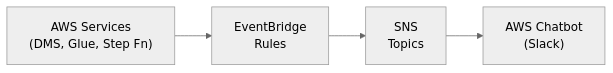
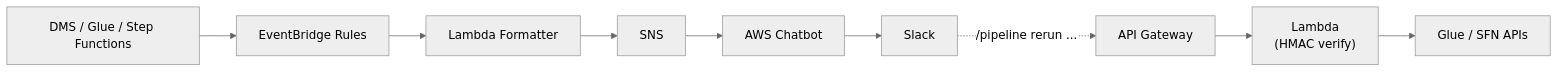
One commit to Manuelacosta98/aws-data-pipeline-notifications changed the diagram in README.md. Above: the diagram before and after it, drawn with Mermaid (neutral theme). The commit also changed other lines of this file and 21 other files, not shown here.

First line of the commit message:
docs: add architecture, operations, and ADR documentation

````diff
--- a/README.md
+++ b/README.md
@@ -13,6 +25,7 @@
 ```mermaid
 flowchart LR
-  A["AWS Services<br/>(DMS, Glue, Step Fn)"] --> B["EventBridge<br/>Rules"]
-  B --> C["SNS<br/>Topics"]
-  C --> D["AWS Chatbot<br/>(Slack)"]
+  A["DMS / Glue / Step Functions"] --> B["EventBridge Rules"]
+  B --> C["Lambda Formatter"] --> D["SNS"] --> E["AWS Chatbot"] --> F["Slack"]
+  F -. "/pipeline rerun ..." .-> G["API Gateway"]
+  G --> H["Lambda<br/>(HMAC verify)"] --> I["Glue / SFN APIs"]
 ```
````
